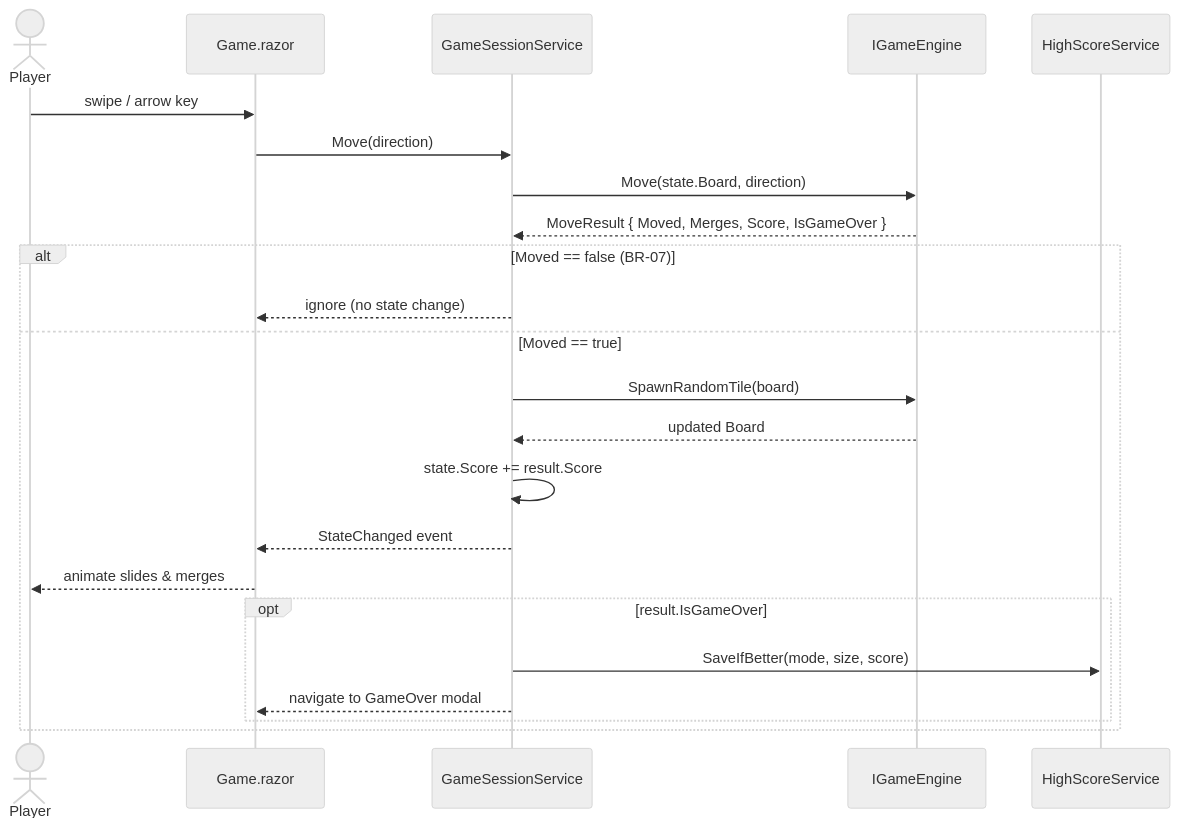
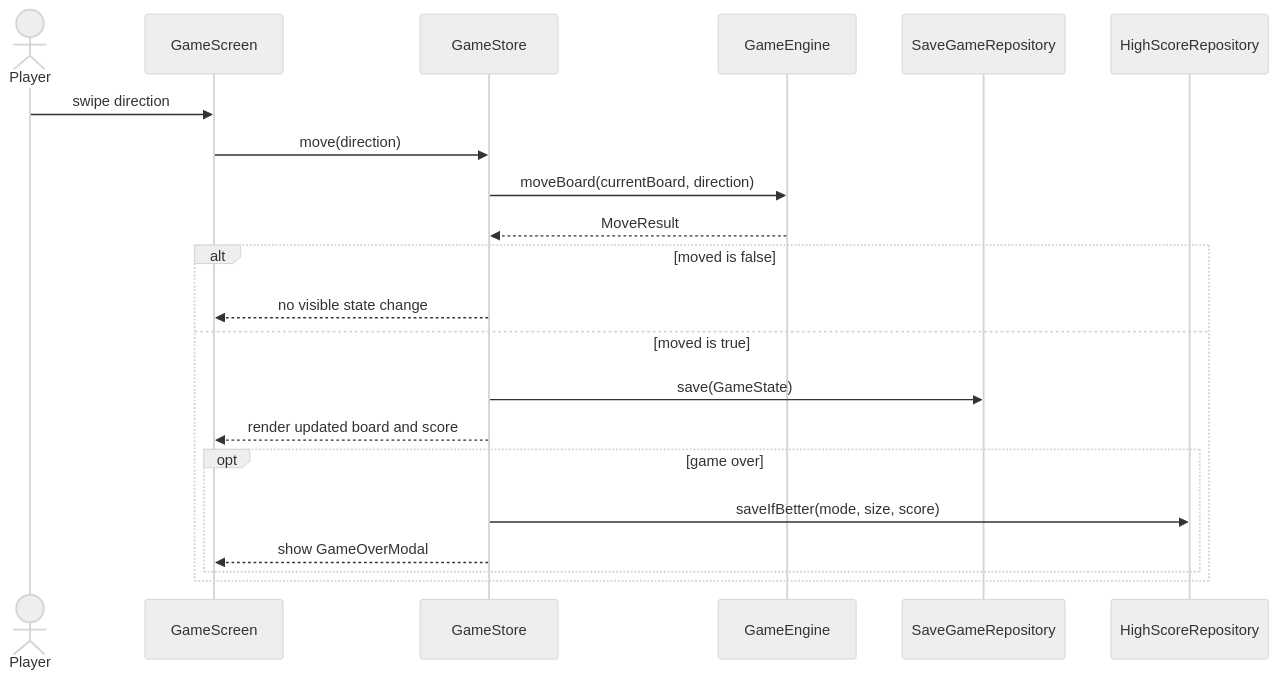
Before and after one commit to LeThaiAn15112004/2048-Infinity-Merge: the fifth of 6 diagrams in Docs/software_design.md, drawn with Mermaid (neutral theme). The commit also changed other lines of this file and 56 other files, not shown here.

````diff
--- a/Docs/software_design.md
+++ b/Docs/software_design.md
@@ -295,26 +264,25 @@
 ```mermaid
 sequenceDiagram
     actor P as Player
-    participant Game as Game.razor
-    participant Sess as GameSessionService
-    participant Eng as IGameEngine
+    participant Game as GameScreen
+    participant Store as GameStore
+    participant Engine as GameEngine
+    participant Save as SaveGameRepository
+    participant HS as HighScoreRepository
 
-    P->>Game: swipe / arrow key
-    Game->>Sess: Move(direction)
-    Sess->>Eng: Move(state.Board, direction)
-    Eng-->>Sess: MoveResult { Moved, Merges, Score, IsGameOver }
+    P->>Game: swipe direction
+    Game->>Store: move(direction)
+    Store->>Engine: moveBoard(currentBoard, direction)
+    Engine-->>Store: MoveResult
 
-    alt Moved == false (BR-07)
-        Sess-->>Game: ignore (no state change)
-    else Moved == true
-        Sess->>Eng: SpawnRandomTile(board)
-        Eng-->>Sess: updated Board
-        Sess->>Sess: state.Score += result.Score
-        Sess-->>Game: StateChanged event
-        Game-->>P: animate slides & merges
-        opt result.IsGameOver
-            Sess->>HighScoreService: SaveIfBetter(mode, size, score)
-            Sess-->>Game: navigate to GameOver modal
+    alt moved is false
+        Store-->>Game: no visible state change
+    else moved is true
+        Store->>Save: save(GameState)
+        Store-->>Game: render updated board and score
+        opt game over
+            Store->>HS: saveIfBetter(mode, size, score)
+            Store-->>Game: show GameOverModal
         end
     end
 ```
````
